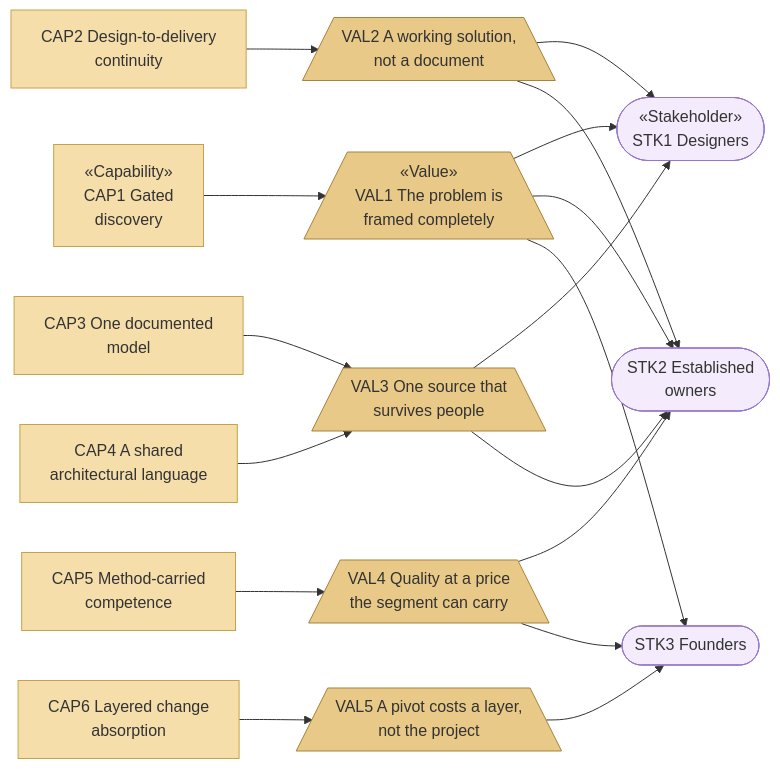
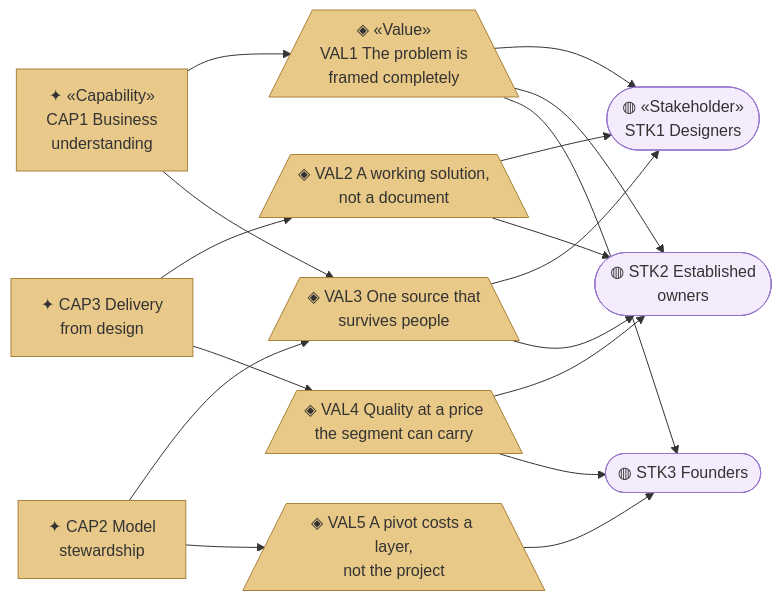
Before and after one commit to roanboc/architecture-archreator: the fourth of 6 diagrams in organization/docs/ea/1_strategy/2_capabilities-and-resources.md, drawn with Mermaid. The commit also changed other lines of this file and 7 other files, not shown here.

First line of the commit message:
docs: glyph notation, two-level capabilities, and the business layer redrawn

````diff
--- a/organization/docs/ea/1_strategy/2_capabilities-and-resources.md
+++ b/organization/docs/ea/1_strategy/2_capabilities-and-resources.md
@@ -121,41 +171,38 @@
 ```mermaid
 flowchart LR
-  cap1["«Capability»<br>CAP1 Gated<br>discovery"]:::capability
-  cap2["CAP2 Design-to-delivery<br>continuity"]:::capability
-  cap3["CAP3 One documented<br>model"]:::capability
-  cap4["CAP4 A shared<br>architectural language"]:::capability
-  cap5["CAP5 Method-carried<br>competence"]:::capability
-  cap6["CAP6 Layered change<br>absorption"]:::capability
+  cap1["✦ «Capability»<br>CAP1 Business<br>understanding"]:::area
+  cap2["✦ CAP2 Model<br>stewardship"]:::area
+  cap3["✦ CAP3 Delivery<br>from design"]:::area
 
-  val1[/"«Value»<br>VAL1 The problem is<br>framed completely"\]:::value
-  val2[/"VAL2 A working solution,<br>not a document"\]:::value
-  val3[/"VAL3 One source that<br>survives people"\]:::value
-  val4[/"VAL4 Quality at a price<br>the segment can carry"\]:::value
-  val5[/"VAL5 A pivot costs a layer,<br>not the project"\]:::value
+  val1[/"◈ «Value»<br>VAL1 The problem is<br>framed completely"\]:::value
+  val2[/"◈ VAL2 A working solution,<br>not a document"\]:::value
+  val3[/"◈ VAL3 One source that<br>survives people"\]:::value
+  val4[/"◈ VAL4 Quality at a price<br>the segment can carry"\]:::value
+  val5[/"◈ VAL5 A pivot costs a layer,<br>not the project"\]:::value
 
-  stk1(["«Stakeholder»<br>STK1 Designers"]):::stakeholder
-  stk2(["STK2 Established<br>owners"]):::stakeholder
-  stk3(["STK3 Founders"]):::stakeholder
+  stk1(["◍ «Stakeholder»<br>STK1 Designers"]):::stakeholder
+  stk2(["◍ STK2 Established<br>owners"]):::stakeholder
+  stk3(["◍ STK3 Founders"]):::stakeholder
 
   cap1 --> val1
-  cap2 --> val2
-  cap3 --> val3
-  cap4 --> val3
-  cap5 --> val4
-  cap6 --> val5
+  cap1 --> val3
+  cap2 --> val3
+  cap2 --> val5
+  cap3 --> val2
+  cap3 --> val4
 
   val1 --> stk1
   val1 --> stk2
   val1 --> stk3
   val2 --> stk1
   val2 --> stk2
   val3 --> stk1
   val3 --> stk2
   val4 --> stk2
   val4 --> stk3
   val5 --> stk3
 
-  classDef capability fill:#f5deaa,stroke:#c8a24a,color:#333
+  classDef area fill:#e8c98a,stroke:#a8813a,color:#333
   classDef value fill:#e9c987,stroke:#a8813a,color:#333
   classDef stakeholder fill:#f4ecfc,stroke:#9575cd,color:#333
 ```
````
